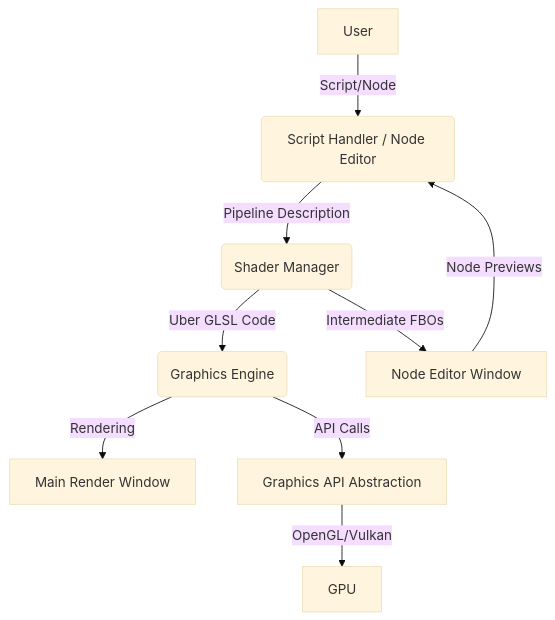
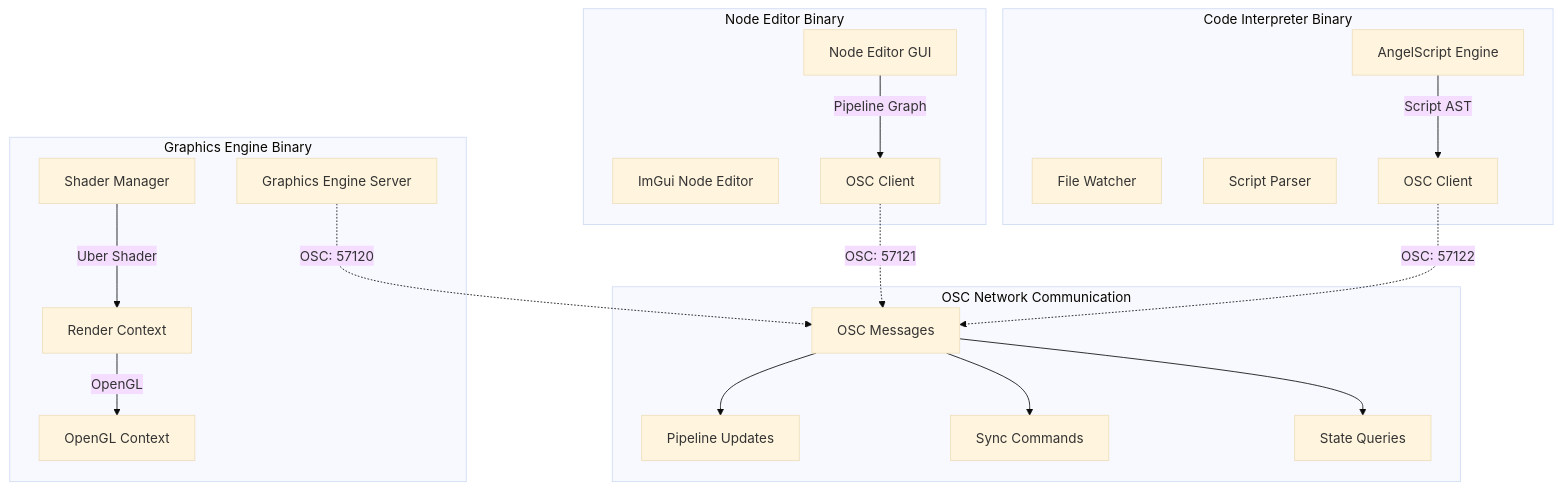
One commit to oudeis01/graphicsEngine changed the first of 2 diagrams in PROJECT_OVERVIEW.md. Above: the diagram before and after it, drawn with Mermaid (base theme). The commit also changed other lines of this file and 39 other files, not shown here.

````diff
--- a/PROJECT_OVERVIEW.md
+++ b/PROJECT_OVERVIEW.md
@@ -11,11 +11,42 @@
 ```mermaid
-graph TD
-    A[User] -->|Script/Node| B(Script Handler / Node Editor)
-    B -->|Pipeline Description| C(Shader Manager)
-    C -->|Uber GLSL Code| D(Graphics Engine)
-    D -->|Rendering| E[Main Render Window]
-    C -->|Intermediate FBOs| F[Node Editor Window]
-    F -->|Node Previews| B
-    D -->|API Calls| G[Graphics API Abstraction]
-    G -->|OpenGL/Vulkan| H[GPU]
+graph TB
+    subgraph "Graphics Engine Binary"
+        A[Graphics Engine Server]
+        B[Shader Manager]
+        C[Render Context]
+        D[OpenGL Context]
+    end
+    
+    subgraph "Node Editor Binary"
+        E[Node Editor GUI]
+        F[ImGui Node Editor]
+        G[OSC Client]
+    end
+    
+    subgraph "Code Interpreter Binary"
+        H[AngelScript Engine]
+        I[File Watcher]
+        J[Script Parser]
+        K[OSC Client]
+    end
+    
+    subgraph "OSC Network Communication"
+        L[OSC Messages]
+        M[Pipeline Updates]
+        N[Sync Commands]
+        O[State Queries]
+    end
+    
+    A -.->|OSC: 57120| L
+    G -.->|OSC: 57121| L
+    K -.->|OSC: 57122| L
+    
+    E -->|Pipeline Graph| G
+    H -->|Script AST| K
+    B -->|Uber Shader| C
+    C -->|OpenGL| D
+    
+    L --> M
+    L --> N
+    L --> O
 ```
````
